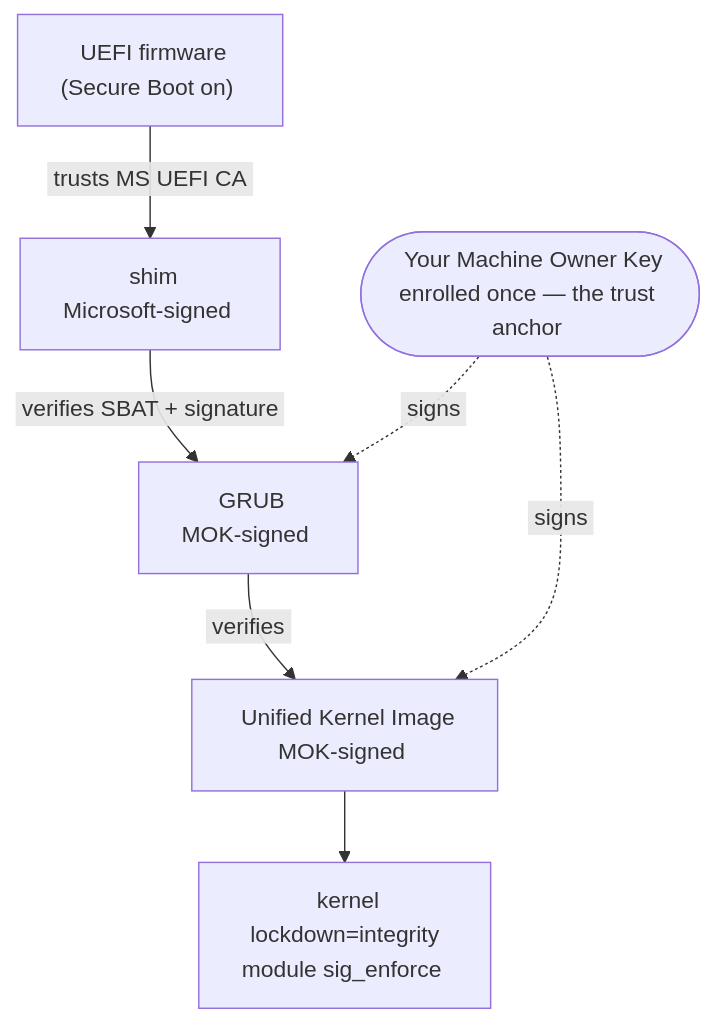
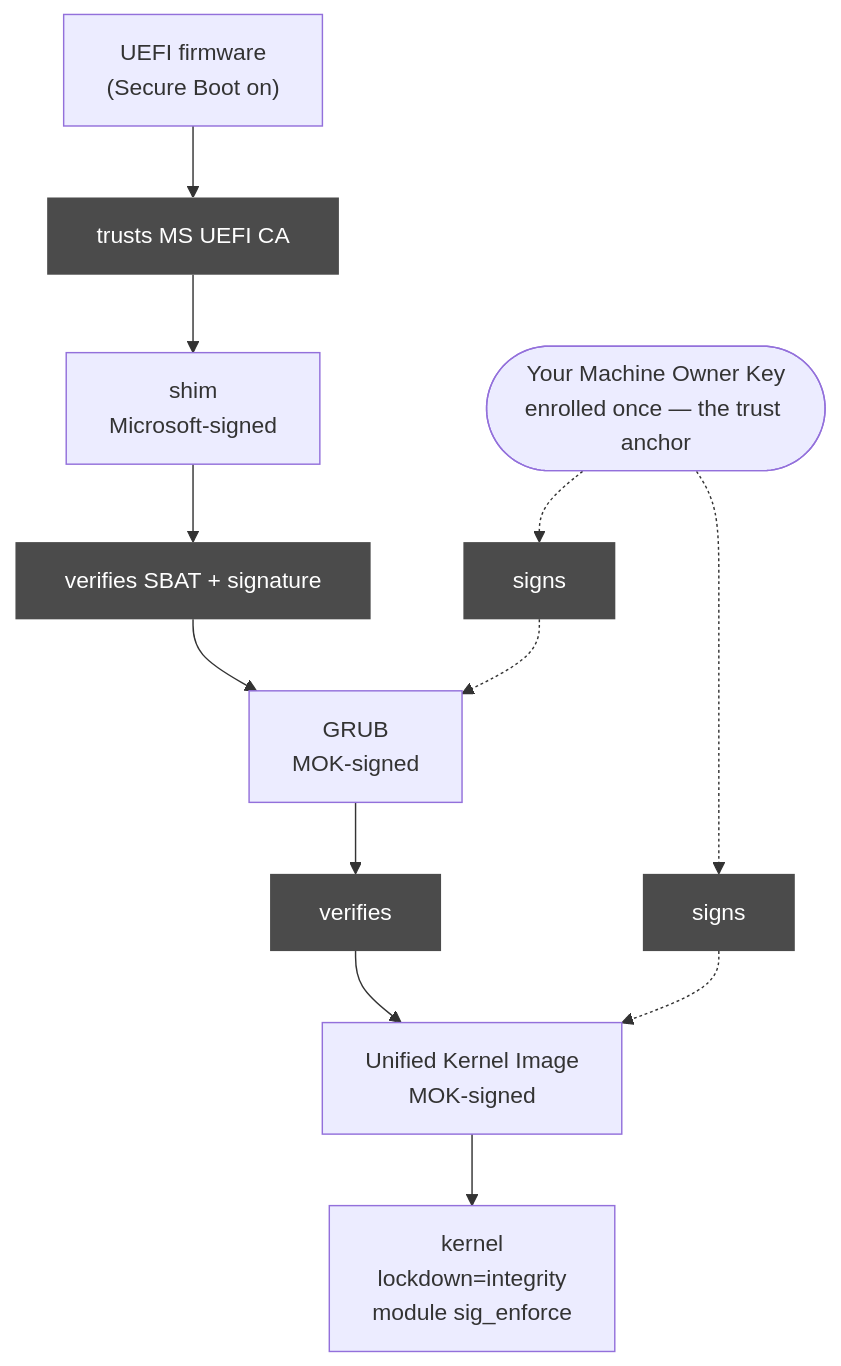
One commit to InterGenJLU/intergenos changed the first of 3 diagrams in README.md. Above: the diagram before and after it, drawn with Mermaid. The commit also changed other lines of this file, not shown here.

Commit message:
docs(readme): boot-chain and Sentinel chart labels render as padded chips — README.md
The renderer that draws these charts stopped honoring the invisible
spacer characters the edge labels relied on for padding, leaving label
text flush against its background. Edge labels on the two affected
charts become label nodes with a solid fill and inner spacing, which
carry native padding; the build-phases chart has no edge labels and is
unchanged.

````diff
--- a/README.md
+++ b/README.md
@@ -40,9 +40,11 @@
 ```mermaid
 flowchart TD
-    FW["&nbsp;UEFI firmware<br/>(Secure Boot on)&nbsp;"] -->|&nbsp;trusts MS UEFI CA&nbsp;| SHIM["&nbsp;shim<br/>Microsoft-signed&nbsp;"]
-    SHIM -->|&nbsp;verifies SBAT + signature&nbsp;| GRUB["&nbsp;GRUB<br/>MOK-signed&nbsp;"]
-    GRUB -->|&nbsp;verifies&nbsp;| UKI["&nbsp;Unified Kernel Image<br/>MOK-signed&nbsp;"]
-    UKI --> KRN["&nbsp;kernel<br/>lockdown=integrity<br/>module sig_enforce&nbsp;"]
-    MOK(["&nbsp;Your Machine Owner Key<br/>enrolled once — the trust anchor&nbsp;"]) -. &nbsp;signs&nbsp; .-> GRUB
-    MOK -. &nbsp;signs&nbsp; .-> UKI
+    FW["UEFI firmware<br/>(Secure Boot on)"] --> E1["&nbsp;trusts MS UEFI CA&nbsp;"] --> SHIM["shim<br/>Microsoft-signed"]
+    SHIM --> E2["&nbsp;verifies SBAT + signature&nbsp;"] --> GRUB["GRUB<br/>MOK-signed"]
+    GRUB --> E3["&nbsp;verifies&nbsp;"] --> UKI["Unified Kernel Image<br/>MOK-signed"]
+    UKI --> KRN["kernel<br/>lockdown=integrity<br/>module sig_enforce"]
+    MOK(["Your Machine Owner Key<br/>enrolled once — the trust anchor"]) -.-> S1["&nbsp;signs&nbsp;"] -.-> GRUB
+    MOK -.-> S2["&nbsp;signs&nbsp;"] -.-> UKI
+    classDef lab fill:#4b4b4b,color:#ffffff,stroke:none;
+    class E1,E2,E3,S1,S2 lab;
 ```
````
